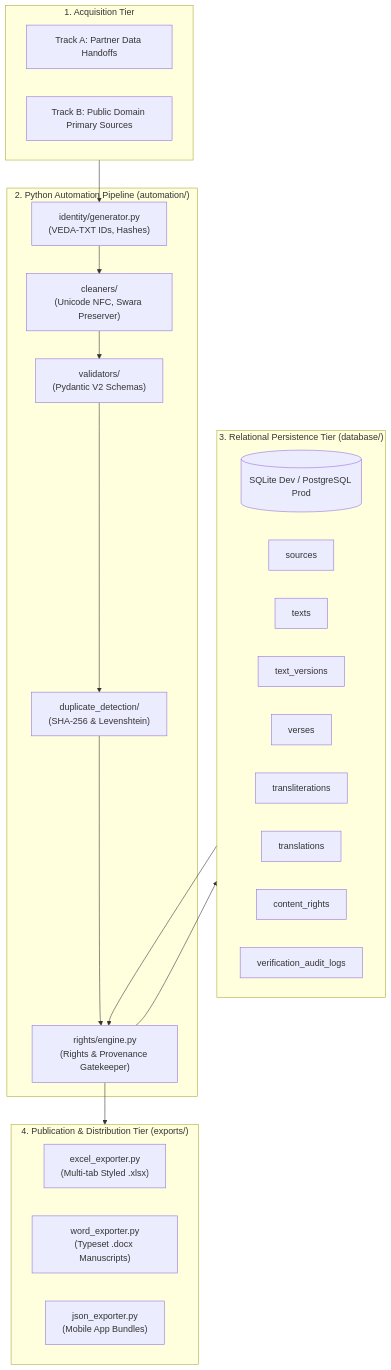
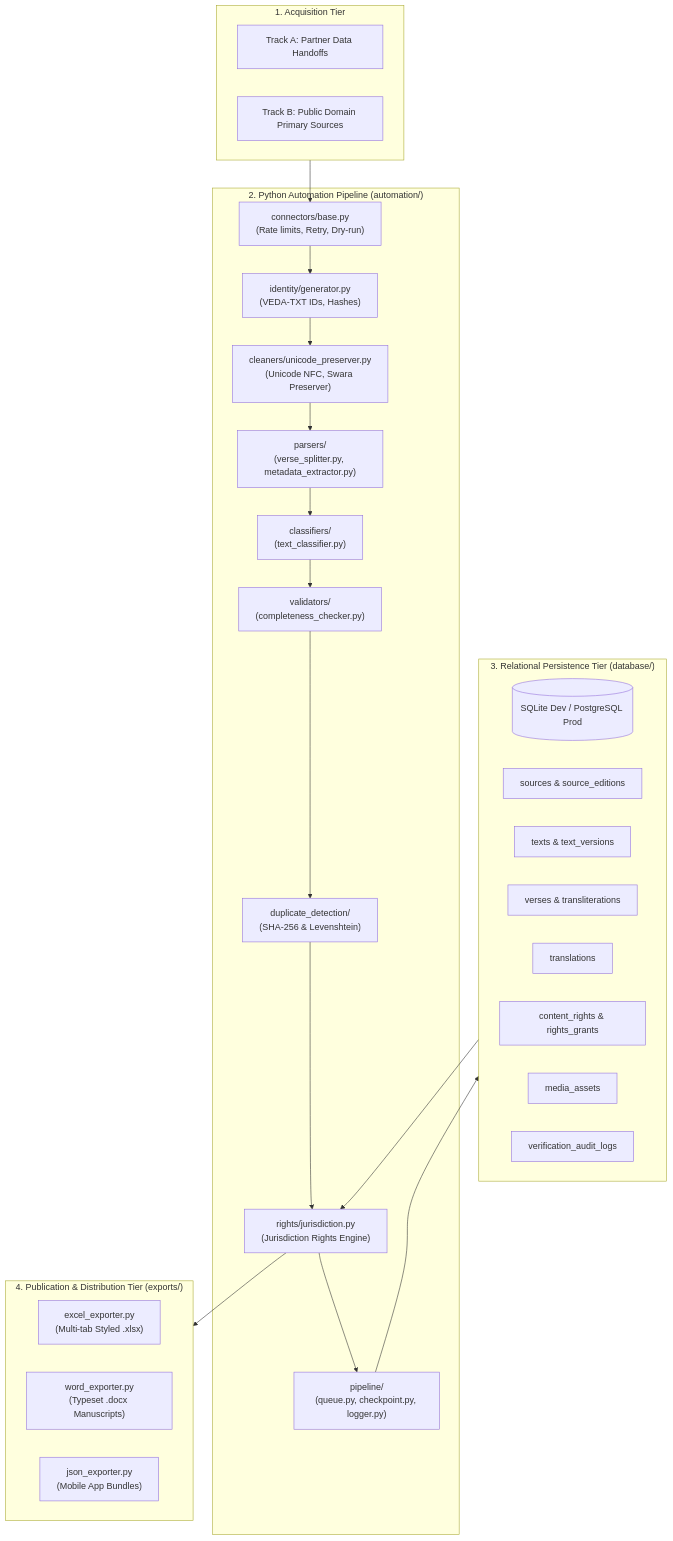
The diagram in documentation/architecture/SYSTEM_ARCHITECTURE.md (thegr8gv1/vedam), drawn with Mermaid before and after one commit. The commit also changed other lines of this file and 18 other files, not shown here.

Commit message:
Complete Phase 2: Jurisdiction-aware rights framework, Unicode preservation with Vedic swaras, pipeline ingestion engine, 8 pilot compositions, and 33 automated tests

````diff
--- a/documentation/architecture/SYSTEM_ARCHITECTURE.md
+++ b/documentation/architecture/SYSTEM_ARCHITECTURE.md
@@ -15,40 +15,41 @@
 ```mermaid
 flowchart TD
     subgraph Acquisition ["1. Acquisition Tier"]
         TA["Track A: Partner Data Handoffs"]
         TB["Track B: Public Domain Primary Sources"]
     end
 
     subgraph Automation ["2. Python Automation Pipeline (automation/)"]
+        P0["connectors/base.py<br>(Rate limits, Retry, Dry-run)"]
         P1["identity/generator.py<br>(VEDA-TXT IDs, Hashes)"]
-        P2["cleaners/<br>(Unicode NFC, Swara Preserver)"]
-        P3["validators/<br>(Pydantic V2 Schemas)"]
-        P4["duplicate_detection/<br>(SHA-256 & Levenshtein)"]
-        P5["rights/engine.py<br>(Rights & Provenance Gatekeeper)"]
+        P2["cleaners/unicode_preserver.py<br>(Unicode NFC, Swara Preserver)"]
+        P3["parsers/<br>(verse_splitter.py, metadata_extractor.py)"]
+        P4["classifiers/<br>(text_classifier.py)"]
+        P5["validators/<br>(completeness_checker.py)"]
+        P6["duplicate_detection/<br>(SHA-256 & Levenshtein)"]
+        P7["rights/jurisdiction.py<br>(Jurisdiction Rights Engine)"]
+        P8["pipeline/<br>(queue.py, checkpoint.py, logger.py)"]
     end
 
     subgraph DataStorage ["3. Relational Persistence Tier (database/)"]
         DB[(SQLite Dev / PostgreSQL Prod)]
-        T_SRC["sources"]
-        T_TXT["texts"]
-        T_VER["text_versions"]
-        T_VRS["verses"]
-        T_TRL["transliterations"]
+        T_SRC["sources & source_editions"]
+        T_TXT["texts & text_versions"]
+        T_VRS["verses & transliterations"]
         T_TRN["translations"]
-        T_RGT["content_rights"]
+        T_RGT["content_rights & rights_grants"]
+        T_MDA["media_assets"]
         T_LOG["verification_audit_logs"]
     end
 
     subgraph ExportTier ["4. Publication & Distribution Tier (exports/)"]
         EX_XLS["excel_exporter.py<br>(Multi-tab Styled .xlsx)"]
         EX_DOC["word_exporter.py<br>(Typeset .docx Manuscripts)"]
         EX_JSN["json_exporter.py<br>(Mobile App Bundles)"]
     end
 
-    Acquisition --> P1
-    P1 --> P2 --> P3 --> P4
-    P4 --> P5
-    P5 --> DataStorage
-    DataStorage --> P5
-    P5 --> ExportTier
+    Acquisition --> P0 --> P1 --> P2 --> P3 --> P4 --> P5 --> P6 --> P7 --> P8
+    P8 --> DataStorage
+    DataStorage --> P7
+    P7 --> ExportTier
 ```
````
